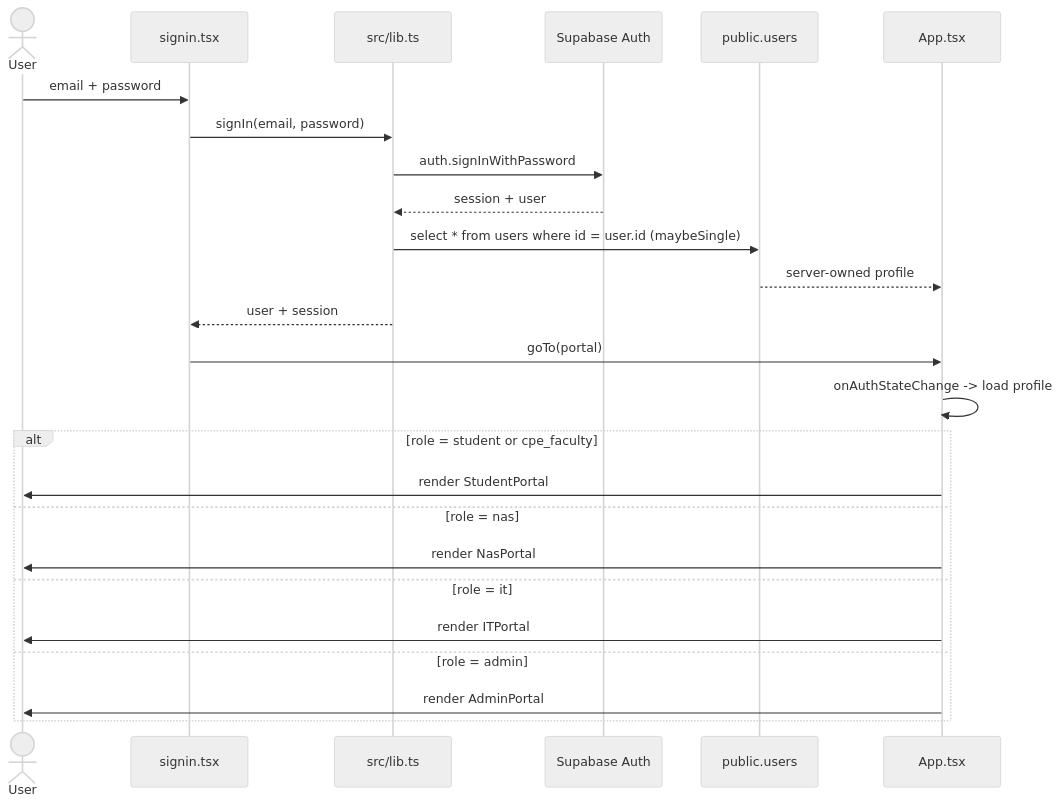
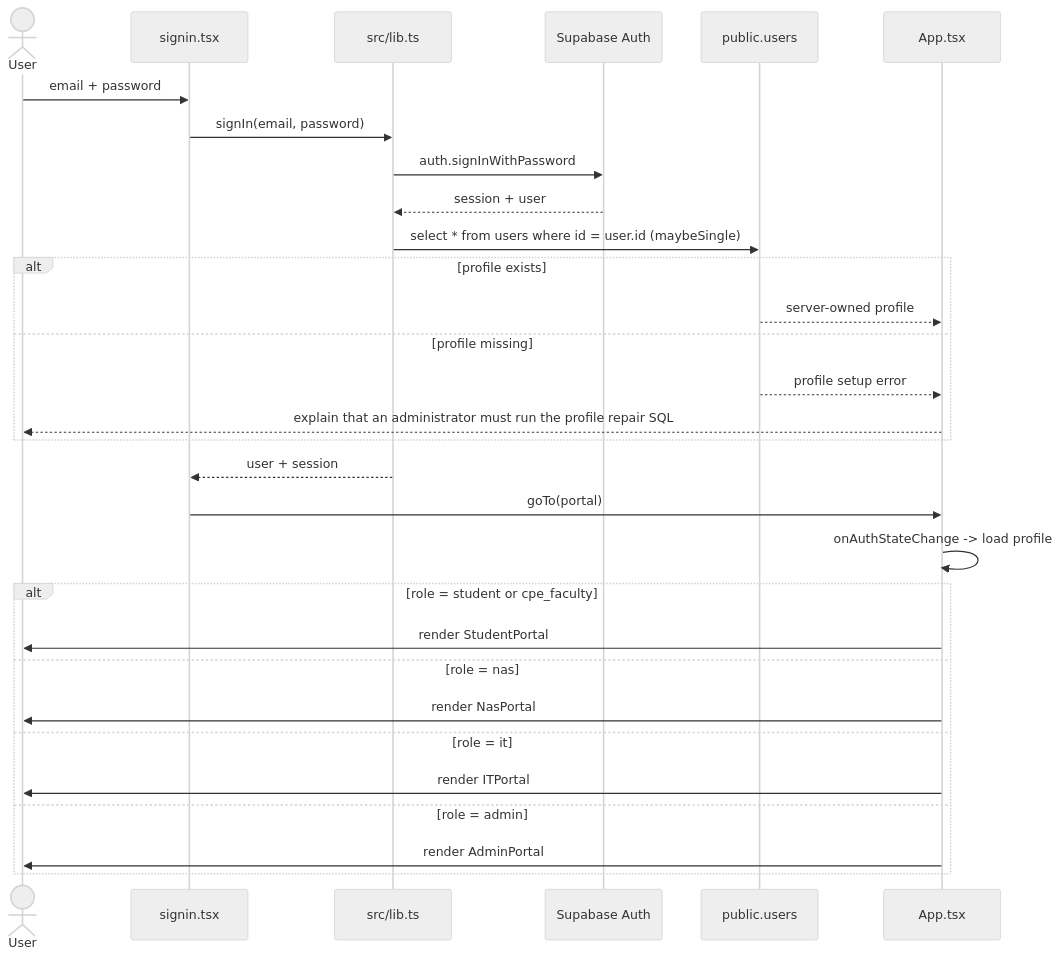
The second of 8 diagrams in docs/WORKFLOWS.md (SeanixReal/Jobelonese), drawn with Mermaid (neutral theme) before and after one commit. The commit also changed 8 other files, not shown here.

Commit message:
Fix missing dashboard profile handling

````diff
--- a/docs/WORKFLOWS.md
+++ b/docs/WORKFLOWS.md
@@ -41,28 +41,33 @@
 ```mermaid
 sequenceDiagram
     actor U as User
     participant F as signin.tsx
     participant A as src/lib.ts
     participant S as Supabase Auth
     participant DB as public.users
     participant APP as App.tsx
 
     U->>F: email + password
     F->>A: signIn(email, password)
     A->>S: auth.signInWithPassword
     S-->>A: session + user
     A->>DB: select * from users where id = user.id (maybeSingle)
-    DB-->>APP: server-owned profile
+    alt profile exists
+        DB-->>APP: server-owned profile
+    else profile missing
+        DB-->>APP: profile setup error
+        APP-->>U: explain that an administrator must run the profile repair SQL
+    end
     A-->>F: user + session
     F->>APP: goTo(portal)
     APP->>APP: onAuthStateChange -> load profile
     alt role = student or cpe_faculty
         APP->>U: render StudentPortal
     else role = nas
         APP->>U: render NasPortal
     else role = it
         APP->>U: render ITPortal
     else role = admin
         APP->>U: render AdminPortal
     end
 ```
````
